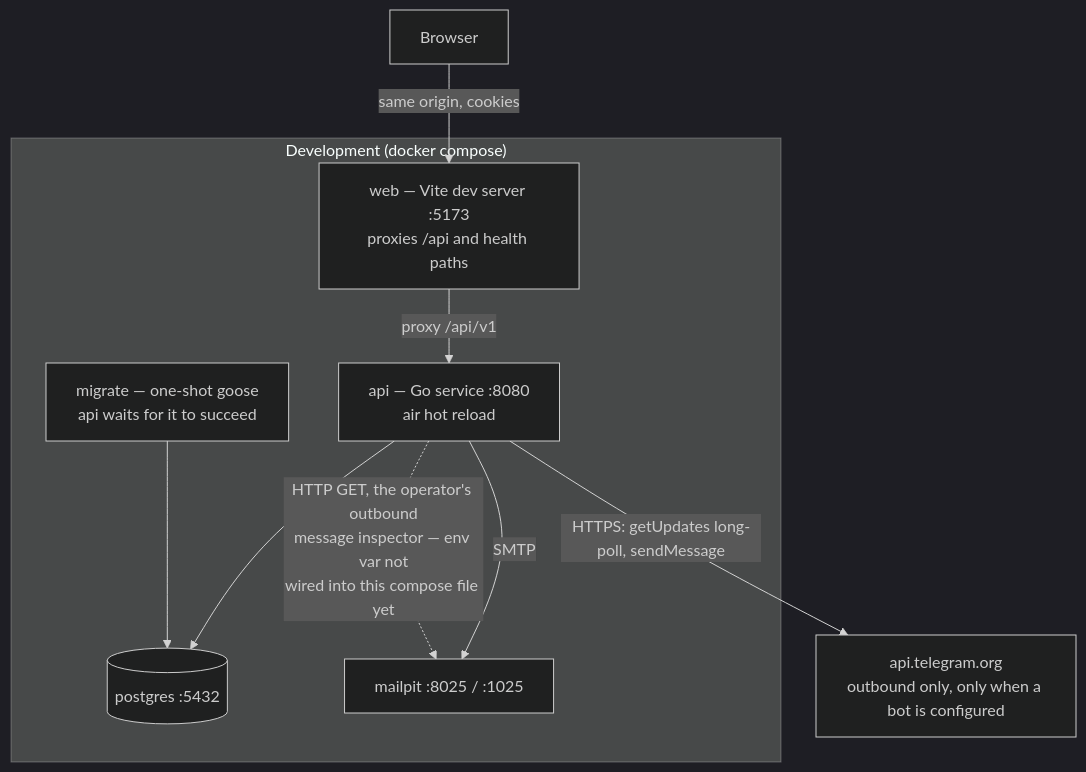
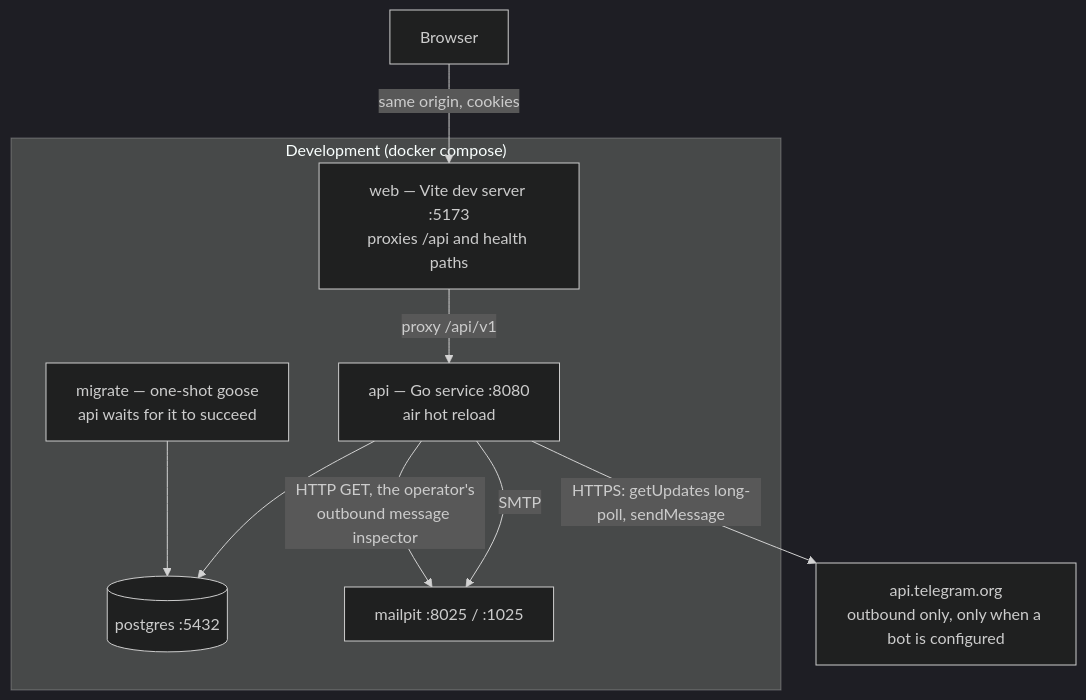
Before and after one commit to oandrz/Household: the first of 19 diagrams in docs/SYSTEM_DESIGN.md, drawn with Mermaid (dark theme). The commit also changed other lines of this file, not shown here.

````diff
--- a/docs/SYSTEM_DESIGN.md
+++ b/docs/SYSTEM_DESIGN.md
@@ -149,22 +149,22 @@
 ```mermaid
 graph TD
     Browser["Browser"]
 
     subgraph dev["Development (docker compose)"]
         Web["web — Vite dev server :5173<br/>proxies /api and health paths"]
         API["api — Go service :8080<br/>air hot reload"]
         PG[("postgres :5432")]
         Mail["mailpit :8025 / :1025"]
         Migrate["migrate — one-shot goose<br/>api waits for it to succeed"]
     end
 
     TG["api.telegram.org<br/>outbound only, only when a bot is configured"]
 
     Browser -->|"same origin, cookies"| Web
     Web -->|"proxy /api/v1"| API
     API --> PG
     API -->|SMTP| Mail
-    API -.->|"HTTP GET, the operator's outbound<br/>message inspector — env var not<br/>wired into this compose file yet"| Mail
+    API -->|"HTTP GET, the operator's<br/>outbound message inspector"| Mail
     API -->|"HTTPS: getUpdates long-poll, sendMessage"| TG
     Migrate --> PG
 ```
````
